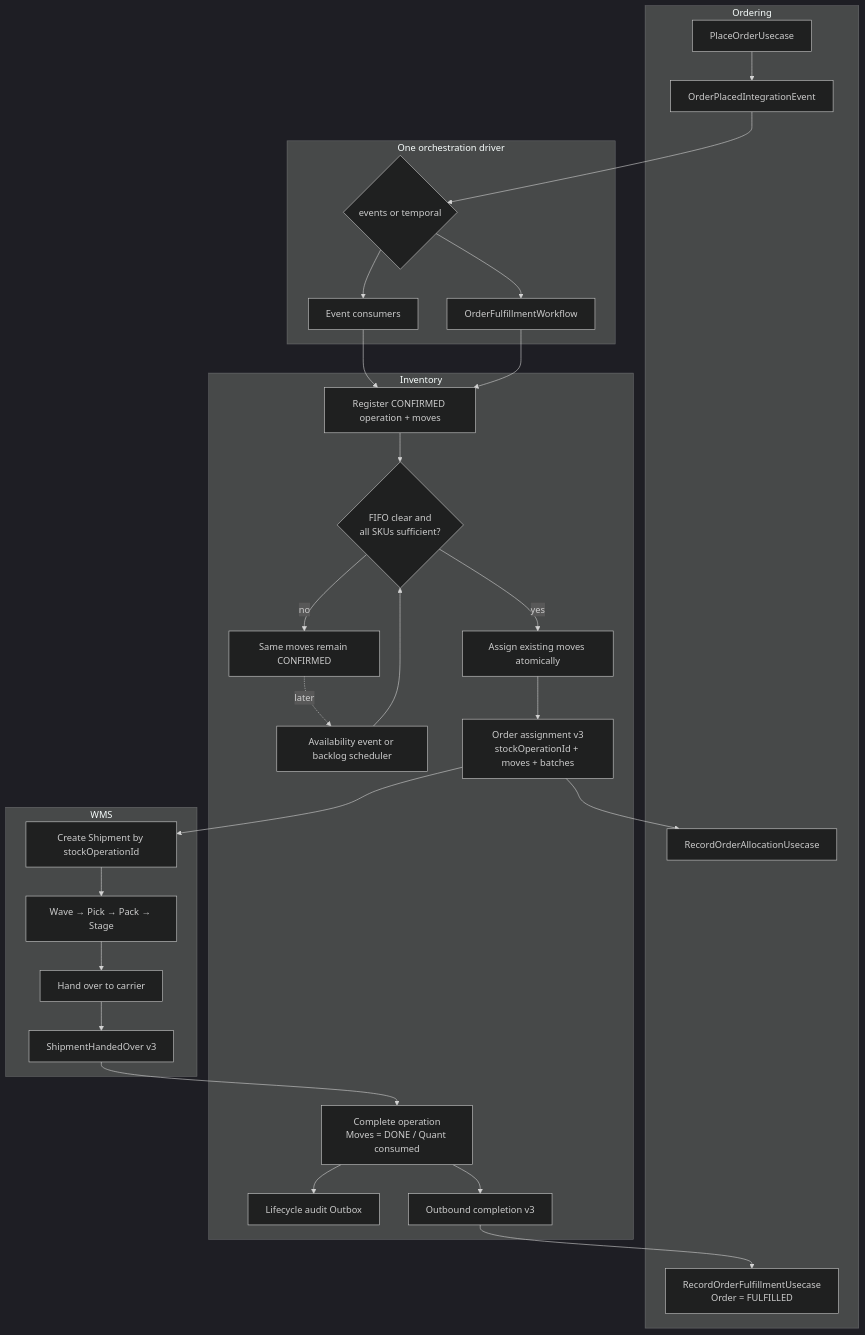
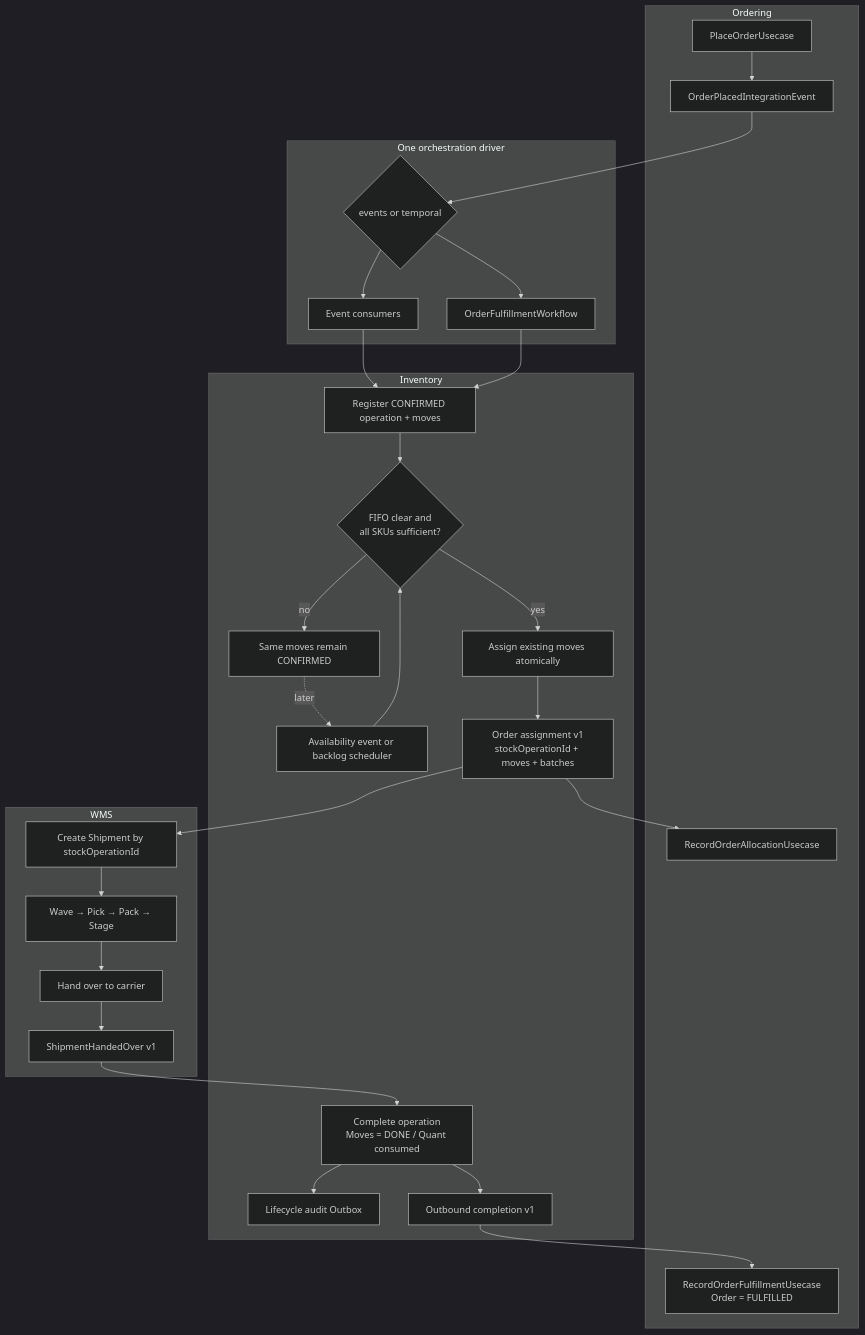
One commit to zhjiangexe/order-allocation-arch-demo changed the diagram in docs/order-fulfillment-stock-to-shipment.mmd. Above: the diagram before and after it, drawn with Mermaid (dark theme). The commit also changed 318 other files, not shown here.

```diff
--- a/docs/order-fulfillment-stock-to-shipment.mmd
+++ b/docs/order-fulfillment-stock-to-shipment.mmd
@@ -1,47 +1,47 @@
 flowchart TB
   subgraph O[Ordering]
     PLACE[PlaceOrderUsecase]
     OP[OrderPlacedIntegrationEvent]
     PROJECT[RecordOrderAllocationUsecase]
     FINISH[RecordOrderFulfillmentUsecase<br/>Order = FULFILLED]
   end
 
   subgraph DRIVER[One orchestration driver]
     MODE{events or temporal}
     EVENTS[Event consumers]
     TEMPORAL[OrderFulfillmentWorkflow]
   end
 
   subgraph I[Inventory]
     REGISTER[Register CONFIRMED operation + moves]
     DECIDE{FIFO clear and<br/>all SKUs sufficient?}
     WAIT[Same moves remain CONFIRMED]
     WAKE[Availability event or backlog scheduler]
     ASSIGN[Assign existing moves atomically]
-    FACT[Order assignment v3<br/>stockOperationId + moves + batches]
+    FACT[Order assignment v1<br/>stockOperationId + moves + batches]
     COMPLETE[Complete operation<br/>Moves = DONE / Quant consumed]
     AUDIT[Lifecycle audit Outbox]
-    OC[Outbound completion v3]
+    OC[Outbound completion v1]
   end
 
   subgraph W[WMS]
     CREATE[Create Shipment by stockOperationId]
     OPS[Wave → Pick → Pack → Stage]
     HAND[Hand over to carrier]
-    SH[ShipmentHandedOver v3]
+    SH[ShipmentHandedOver v1]
   end
 
   PLACE --> OP --> MODE
   MODE --> EVENTS
   MODE --> TEMPORAL
   EVENTS --> REGISTER
   TEMPORAL --> REGISTER
   REGISTER --> DECIDE
   DECIDE -- no --> WAIT
   WAIT -. later .-> WAKE --> DECIDE
   DECIDE -- yes --> ASSIGN --> FACT
   FACT --> PROJECT
   FACT --> CREATE
   CREATE --> OPS --> HAND --> SH
   SH --> COMPLETE --> AUDIT
   COMPLETE --> OC --> FINISH
```
